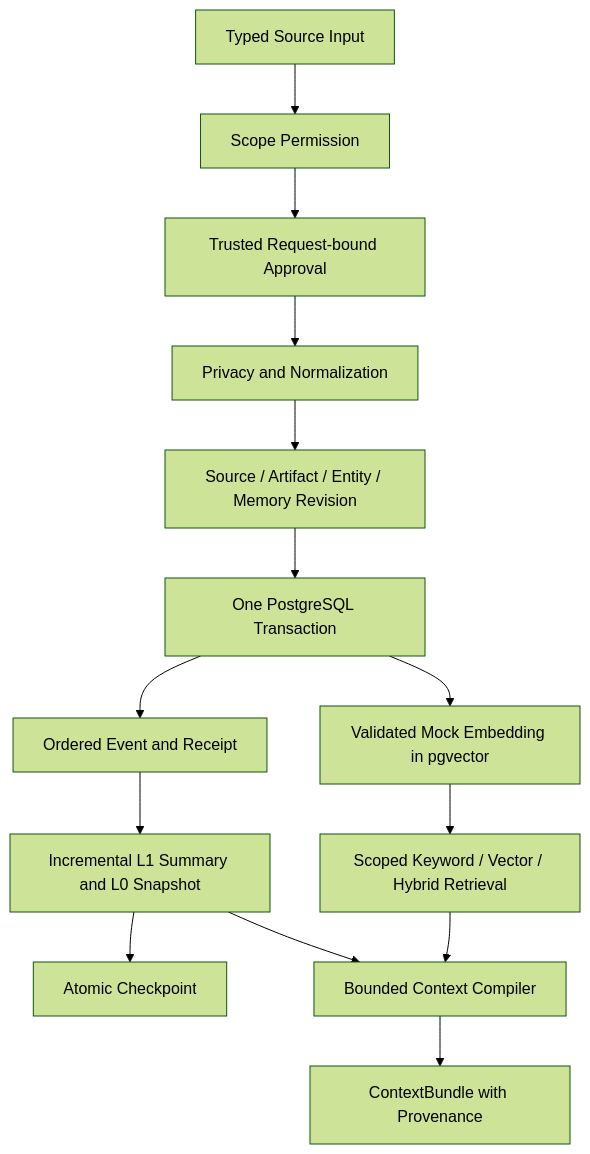
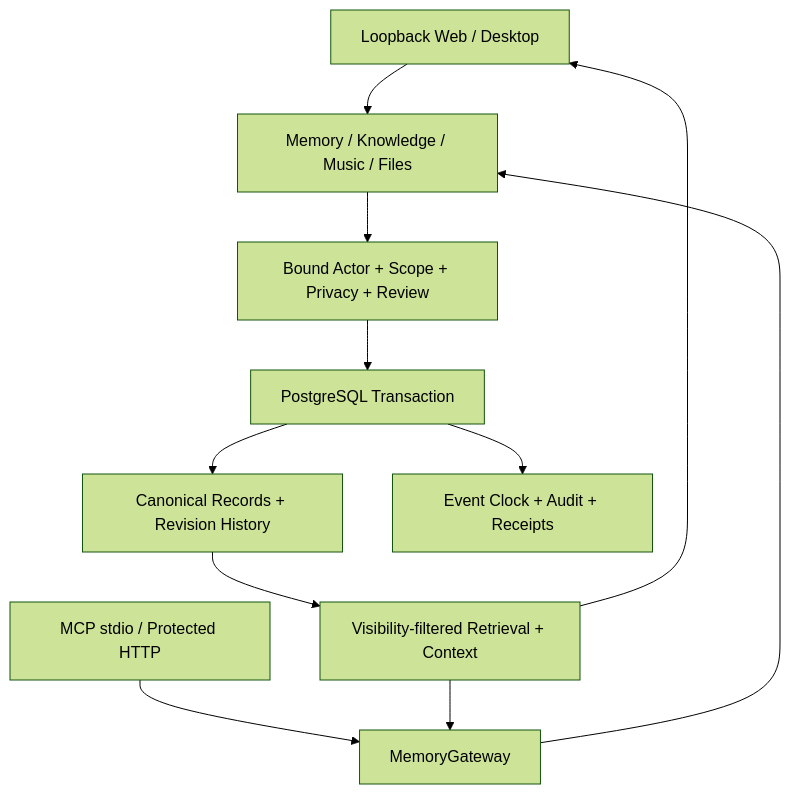
The diagram in docs/architecture.md (ShirrHaShirim/ShirOS), drawn with Mermaid (forest theme) before and after one commit. The commit also changed other lines of this file and 257 other files, not shown here.

````diff
--- a/docs/architecture.md
+++ b/docs/architecture.md
@@ -15,16 +9,13 @@
 ```mermaid
 flowchart TD
-  Input[Typed Source Input] --> Permission[Scope Permission]
-  Permission --> Approval[Trusted Request-bound Approval]
-  Approval --> Privacy[Privacy and Normalization]
-  Privacy --> Write[Source / Artifact / Entity / Memory Revision]
-  Write --> Transaction[One PostgreSQL Transaction]
-  Transaction --> Event[Ordered Event and Receipt]
-  Transaction --> Vector[Validated Mock Embedding in pgvector]
-  Event --> Layers[Incremental L1 Summary and L0 Snapshot]
-  Layers --> Checkpoint[Atomic Checkpoint]
-  Vector --> Retrieval[Scoped Keyword / Vector / Hybrid Retrieval]
-  Layers --> Context[Bounded Context Compiler]
-  Retrieval --> Context
-  Context --> Bundle[ContextBundle with Provenance]
+    Web[Loopback Web / Desktop] --> Services
+    MCP[MCP stdio / Protected HTTP] --> Gateway[MemoryGateway]
+    Gateway --> Services[Memory / Knowledge / Music / Files]
+    Services --> Policy[Bound Actor + Scope + Privacy + Review]
+    Policy --> TX[PostgreSQL Transaction]
+    TX --> Data[Canonical Records + Revision History]
+    TX --> Audit[Event Clock + Audit + Receipts]
+    Data --> Read[Visibility-filtered Retrieval + Context]
+    Read --> Gateway
+    Read --> Web
 ```
````
